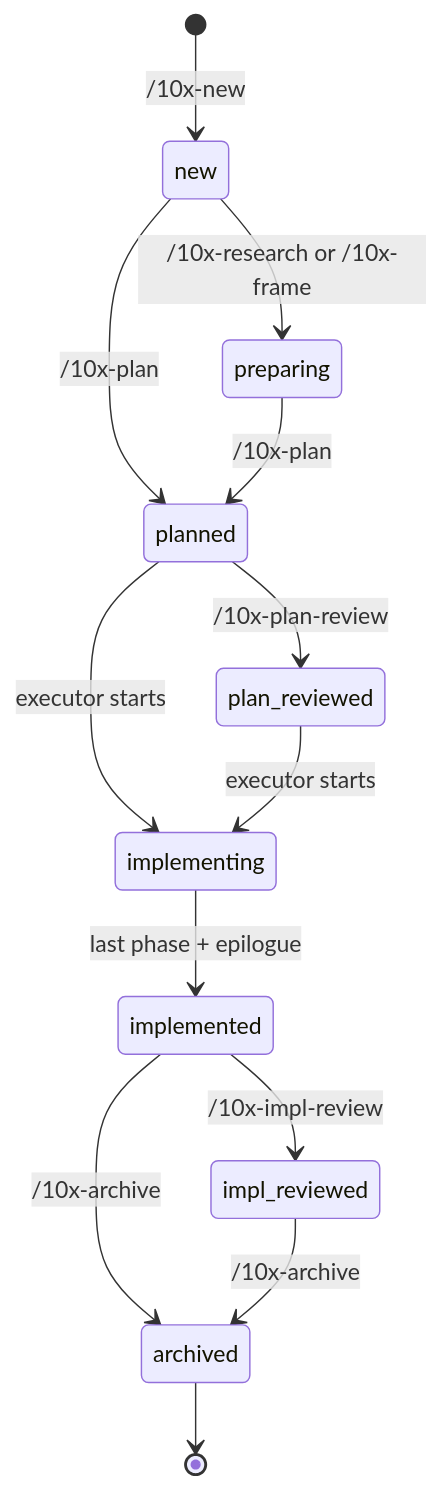
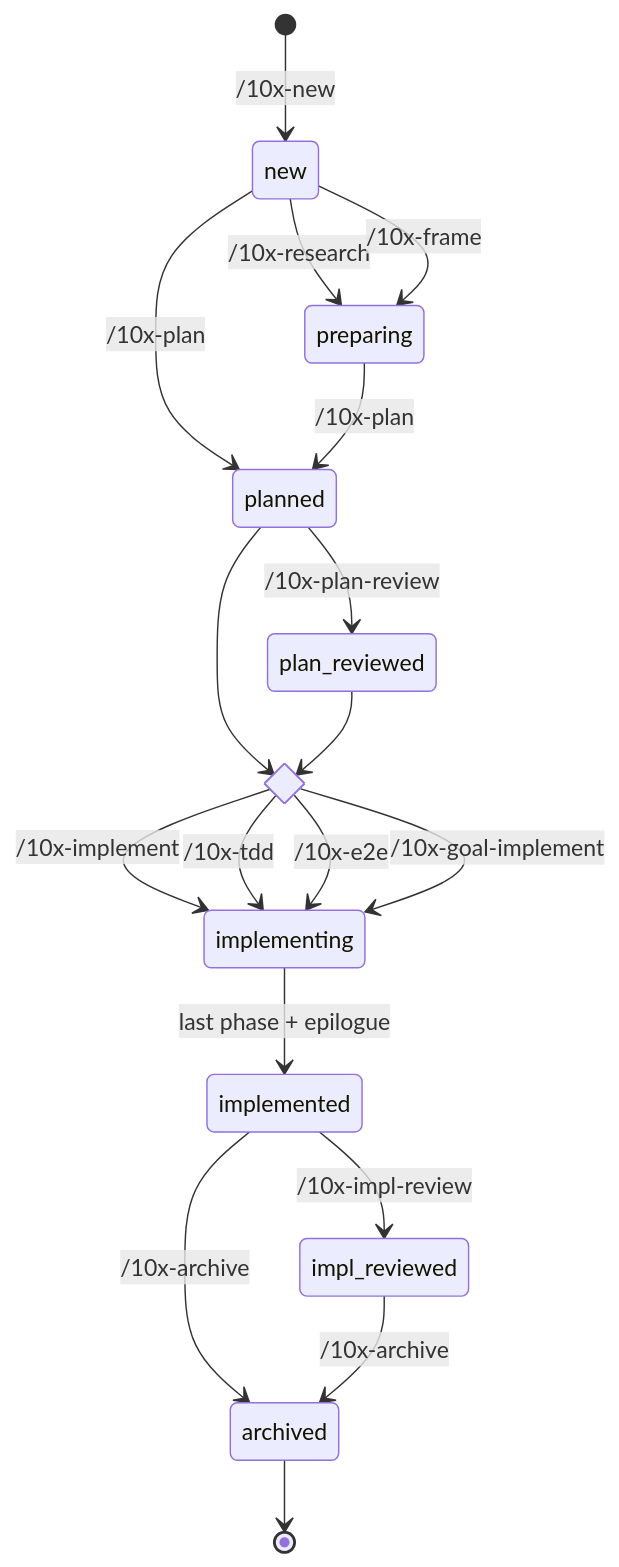
One commit to xycu/agent-smith changed the ninth of 9 diagrams in docs/ADR/ADR-002-change-lifecycle-ideation-to-archive.md. Above: the diagram before and after it, drawn with Mermaid. The commit also changed other lines of this file, not shown here.

First line of the commit message:
docs(adr): split ADR-002 flow, add change origins

````diff
--- a/docs/ADR/ADR-002-change-lifecycle-ideation-to-archive.md
+++ b/docs/ADR/ADR-002-change-lifecycle-ideation-to-archive.md
@@ -291,15 +364,21 @@
 ```mermaid
 stateDiagram-v2
+    state build <<choice>>
     [*] --> new: /10x-new
-    new --> preparing: /10x-research or /10x-frame
+    new --> preparing: /10x-research
+    new --> preparing: /10x-frame
     new --> planned: /10x-plan
     preparing --> planned: /10x-plan
     planned --> plan_reviewed: /10x-plan-review
-    planned --> implementing: executor starts
-    plan_reviewed --> implementing: executor starts
+    planned --> build
+    plan_reviewed --> build
+    build --> implementing: /10x-implement
+    build --> implementing: /10x-tdd
+    build --> implementing: /10x-e2e
+    build --> implementing: /10x-goal-implement
     implementing --> implemented: last phase + epilogue
     implemented --> impl_reviewed: /10x-impl-review
     implemented --> archived: /10x-archive
     impl_reviewed --> archived: /10x-archive
     archived --> [*]
 ```
````
